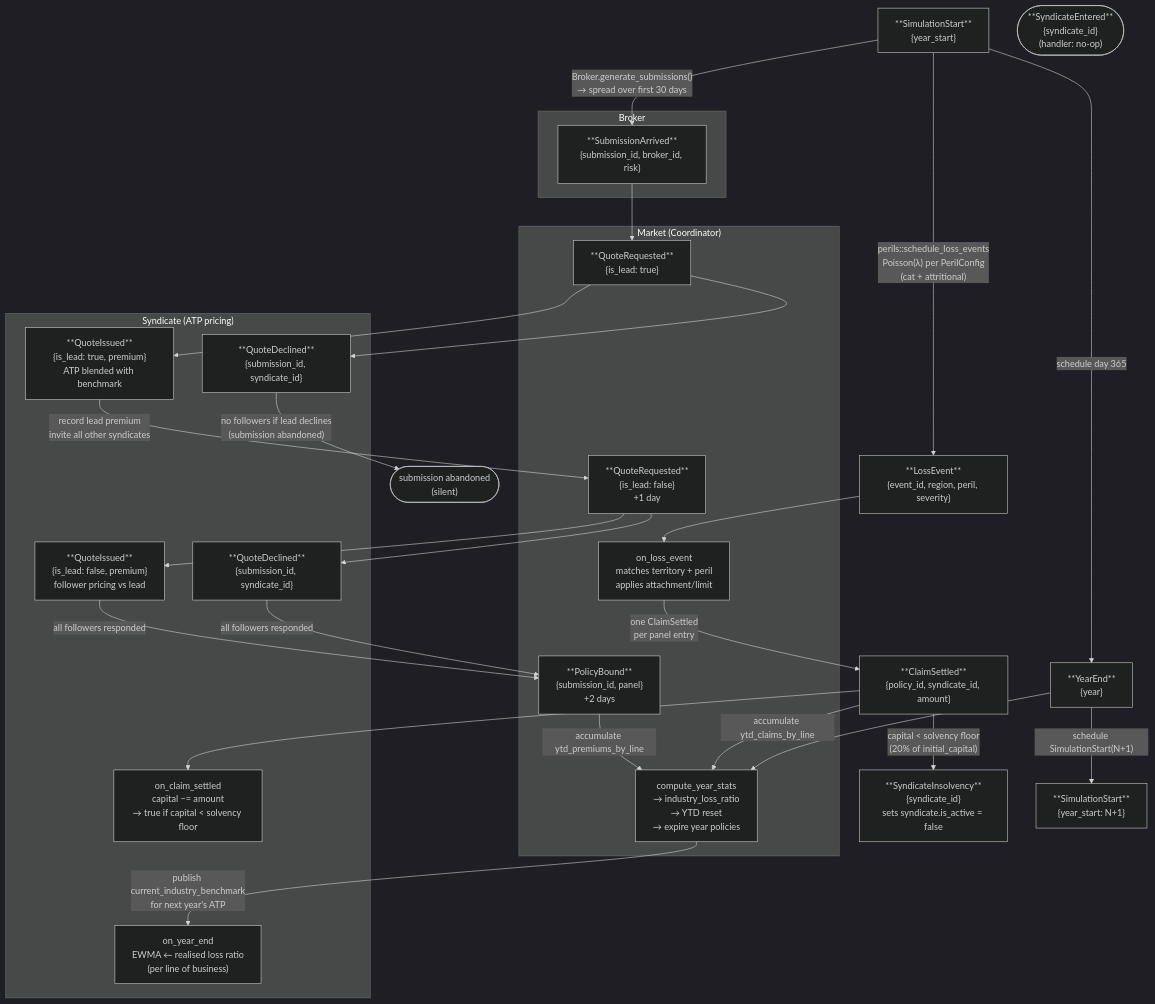
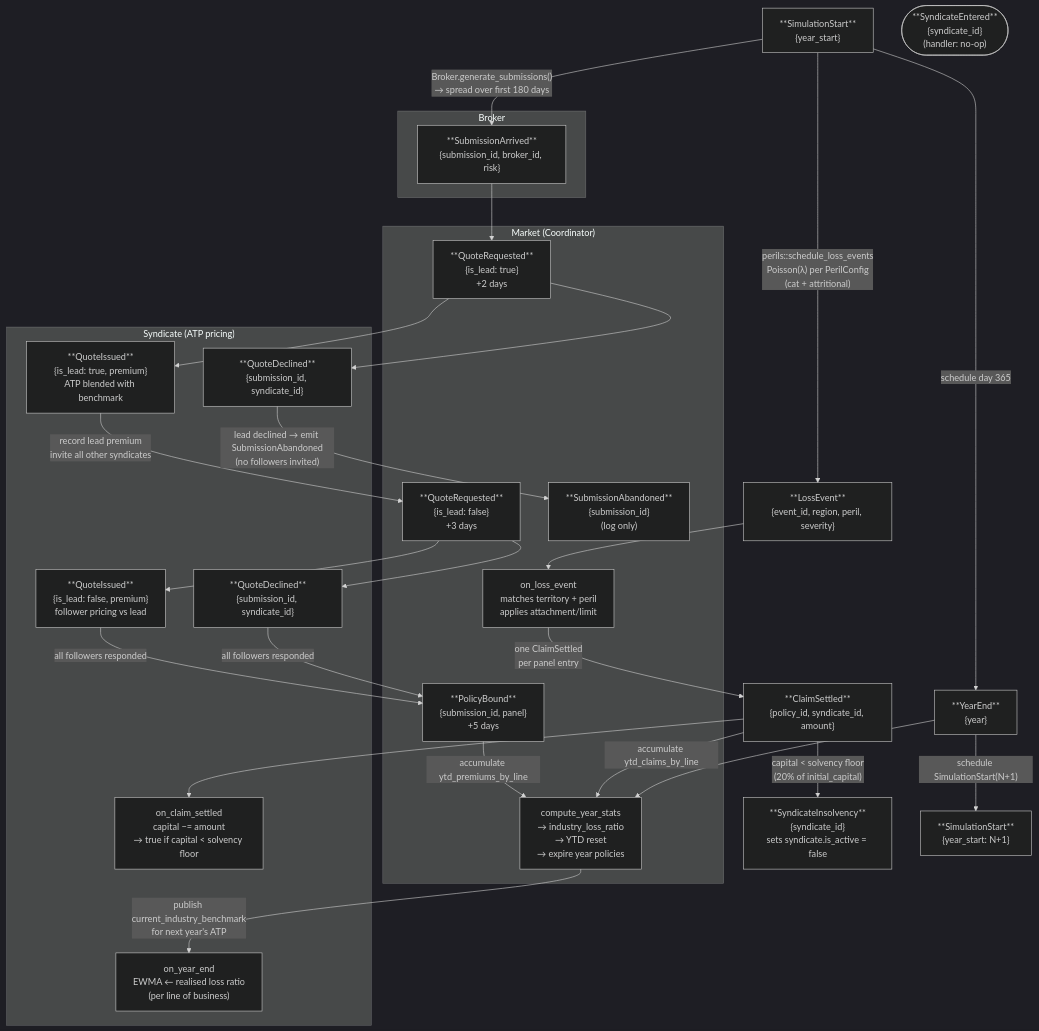
The diagram in docs/event-flow.md (samthorold/rins), drawn with Mermaid (dark theme) before and after one commit. The commit also changed other lines of this file and 5 other files, not shown here.

````diff
--- a/docs/event-flow.md
+++ b/docs/event-flow.md
@@ -6,70 +6,71 @@
 ```mermaid
 flowchart TD
     %% ── Year lifecycle ──────────────────────────────────────────────────────
 
     SS["**SimulationStart**\n{year_start}"]
     YE["**YearEnd**\n{year}"]
     LE["**LossEvent**\n{event_id, region, peril, severity}"]
     SS_NEXT["**SimulationStart**\n{year_start: N+1}"]
 
-    SS -->|"Broker.generate_submissions()\n→ spread over first 30 days"| SA
+    SS -->|"Broker.generate_submissions()\n→ spread over first 180 days"| SA
     SS -->|"perils::schedule_loss_events\nPoisson(λ) per PerilConfig\n(cat + attritional)"| LE
     SS -->|"schedule day 365"| YE
 
     %% ── Quoting round ───────────────────────────────────────────────────────
 
     subgraph Broker
         SA["**SubmissionArrived**\n{submission_id, broker_id, risk}"]
     end
 
     subgraph Market["Market (Coordinator)"]
-        QR_L["**QuoteRequested**\n{is_lead: true}"]
-        QR_F["**QuoteRequested**\n{is_lead: false}\n+1 day"]
-        PB["**PolicyBound**\n{submission_id, panel}\n+2 days"]
+        QR_L["**QuoteRequested**\n{is_lead: true}\n+2 days"]
+        QR_F["**QuoteRequested**\n{is_lead: false}\n+3 days"]
+        PB["**PolicyBound**\n{submission_id, panel}\n+5 days"]
+        ABANDON_EVENT["**SubmissionAbandoned**\n{submission_id}\n(log only)"]
         LE_D["on_loss_event\nmatches territory + peril\napplies attachment/limit"]
         STATS["compute_year_stats\n→ industry_loss_ratio\n→ YTD reset\n→ expire year policies"]
     end
 
     subgraph Syndicate["Syndicate  (ATP pricing)"]
         QI_L["**QuoteIssued**\n{is_lead: true, premium}\nATP blended with benchmark"]
         QD_L["**QuoteDeclined**\n{submission_id, syndicate_id}"]
         QI_F["**QuoteIssued**\n{is_lead: false, premium}\nfollower pricing vs lead"]
         QD_F["**QuoteDeclined**\n{submission_id, syndicate_id}"]
         CS_S["on_claim_settled\ncapital −= amount\n→ true if capital < solvency floor"]
         YE_S["on_year_end\nEWMA ← realised loss ratio\n(per line of business)"]
     end
 
     SA --> QR_L
     QR_L --> QI_L
     QR_L --> QD_L
     QI_L -->|"record lead premium\ninvite all other syndicates"| QR_F
-    QD_L -->|"no followers if lead declines\n(submission abandoned)"| ABANDON(["submission abandoned\n(silent)"])
+    QD_L -->|"lead declined → emit SubmissionAbandoned\n(no followers invited)"| ABANDON_EVENT
     QR_F --> QI_F
     QR_F --> QD_F
     QI_F -->|"all followers responded"| PB
     QD_F -->|"all followers responded"| PB
 
     %% ── Loss cascade ────────────────────────────────────────────────────────
 
     CS["**ClaimSettled**\n{policy_id, syndicate_id, amount}"]
 
     LE --> LE_D
     LE_D -->|"one ClaimSettled\nper panel entry"| CS
     CS --> CS_S
     CS -->|"accumulate ytd_claims_by_line"| STATS
 
     PB -->|"accumulate ytd_premiums_by_line"| STATS
 
     %% ── Year end ────────────────────────────────────────────────────────────
 
     YE --> STATS
     STATS -->|"publish current_industry_benchmark\nfor next year's ATP"| YE_S
     YE -->|"schedule SimulationStart(N+1)"| SS_NEXT
 
     %% ── Entry / insolvency ──────────────────────────────────────────────────
 
     SE(["**SyndicateEntered**\n{syndicate_id}\n(handler: no-op)"])
     SI["**SyndicateInsolvency**\n{syndicate_id}\nsets syndicate.is_active = false"]
 
     CS -->|"capital < solvency floor\n(20% of initial_capital)"| SI
 ```
````
